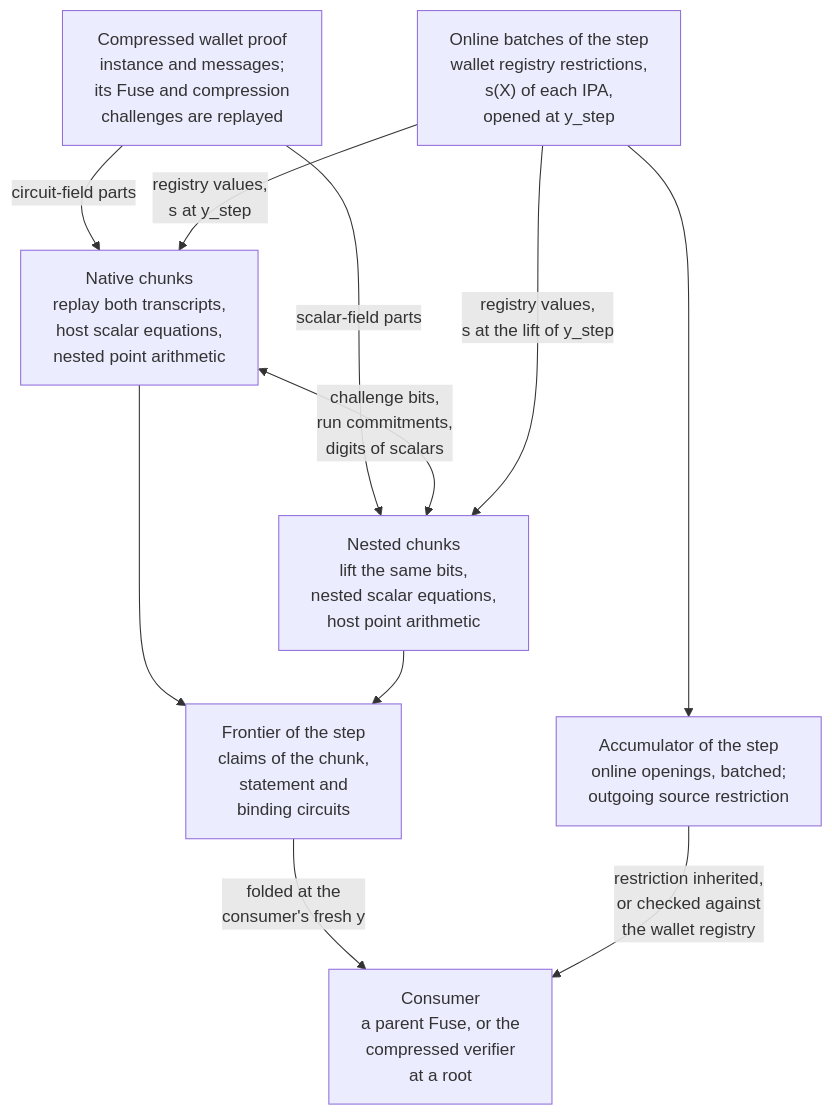
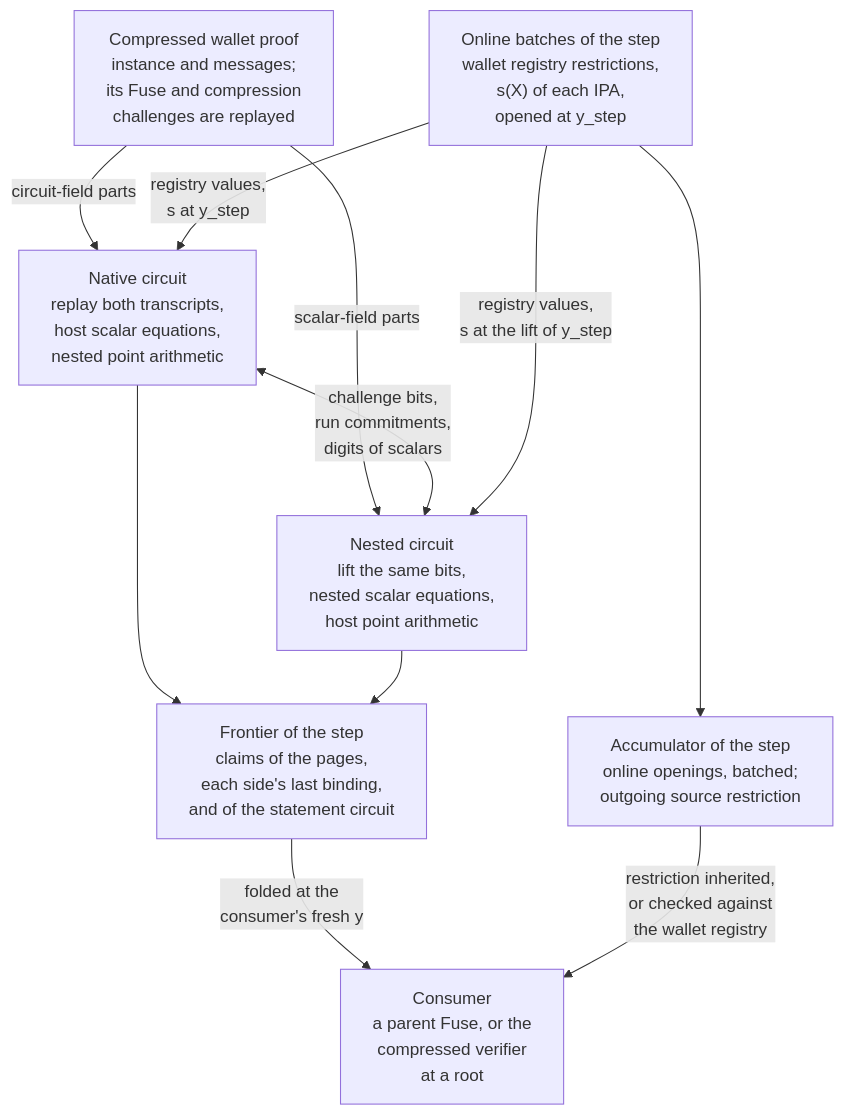
The first of 5 diagrams in book/src/protocol/recursion/decompression.md (tachyon-zcash/ragu), drawn with Mermaid before and after one commit. The commit also changed other lines of this file and 1 other file, not shown here.

First line of the commit message:
book: describe the decompression as two paged circuits

````diff
--- a/book/src/protocol/recursion/decompression.md
+++ b/book/src/protocol/recursion/decompression.md
@@ -83,22 +85,22 @@
 ```mermaid
 flowchart TB
     accTitle: Boundaries of a decompression
-    accDescr: The compressed wallet proof supplies its circuit-field parts to the native chunks and its scalar-field parts to the nested chunks. The native chunks replay the wallet proof's Fuse and compression transcripts. The two sides exchange challenge bits, run commitments and the digits of full-width scalars, and each recomputes the commitments of the other's stages. The enclosing aggregator Fuse supplies the registry and IPA polynomial evaluations through its own online batches. The openings are batched into the step's accumulator with an outgoing source restriction, and the claims of the chunk, statement and binding circuits join the step's frontier. A consumer folds those claims at a fresh challenge of its own and inherits the restriction, or checks both at a root.
+    accDescr: The compressed wallet proof supplies its circuit-field parts to the native circuit and its scalar-field parts to the nested circuit. The native circuit replays the wallet proof's Fuse and compression transcripts. The two sides exchange challenge bits, run commitments and the digits of full-width scalars, and each recomputes the commitments of the other's stages. The enclosing aggregator Fuse supplies the registry and IPA polynomial evaluations through its own online batches. The openings are batched into the step's accumulator with an outgoing source restriction, and the claims of the pages and of the statement circuit join the step's frontier. A consumer folds those claims at a fresh challenge of its own and inherits the restriction, or checks both at a root.
     W["Compressed wallet proof<br/>instance and messages;<br/>its Fuse and compression<br/>challenges are replayed"]
     ON["Online batches of the step<br/>wallet registry restrictions,<br/>s(X) of each IPA,<br/>opened at y_step"]
-    NA["Native chunks<br/>replay both transcripts,<br/>host scalar equations,<br/>nested point arithmetic"]
-    NE["Nested chunks<br/>lift the same bits,<br/>nested scalar equations,<br/>host point arithmetic"]
-    FR["Frontier of the step<br/>claims of the chunk,<br/>statement and<br/>binding circuits"]
+    NA["Native circuit<br/>replay both transcripts,<br/>host scalar equations,<br/>nested point arithmetic"]
+    NE["Nested circuit<br/>lift the same bits,<br/>nested scalar equations,<br/>host point arithmetic"]
+    FR["Frontier of the step<br/>claims of the pages,<br/>each side's last binding,<br/>and of the statement circuit"]
     AC["Accumulator of the step<br/>online openings, batched;<br/>outgoing source restriction"]
     CO["Consumer<br/>a parent Fuse, or the<br/>compressed verifier<br/>at a root"]
     W -->|"circuit-field parts"| NA
     W -->|"scalar-field parts"| NE
     NA <-->|"challenge bits,<br/>run commitments,<br/>digits of scalars"| NE
     ON -->|"registry values,<br/>s at y_step"| NA
     ON -->|"registry values,<br/>s at the lift of y_step"| NE
     ON --> AC
     NA --> FR
     NE --> FR
     FR -->|"folded at the<br/>consumer's fresh y"| CO
     AC -->|"restriction inherited,<br/>or checked against<br/>the wallet registry"| CO
 ```
````
